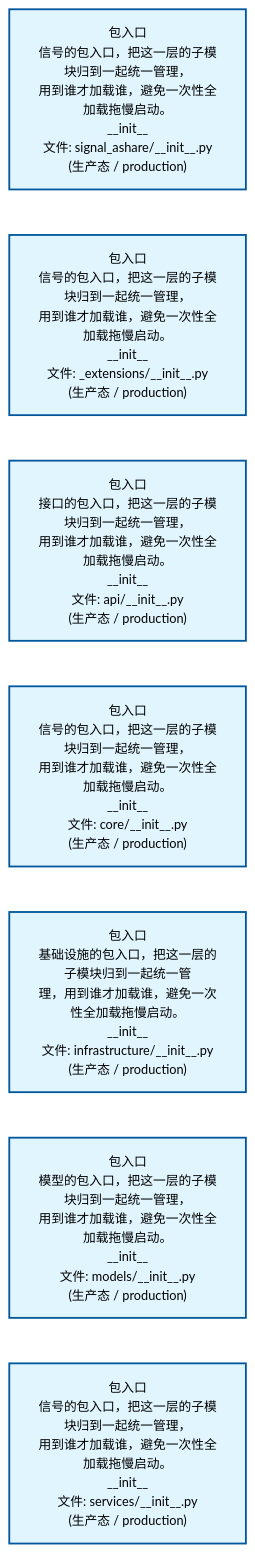
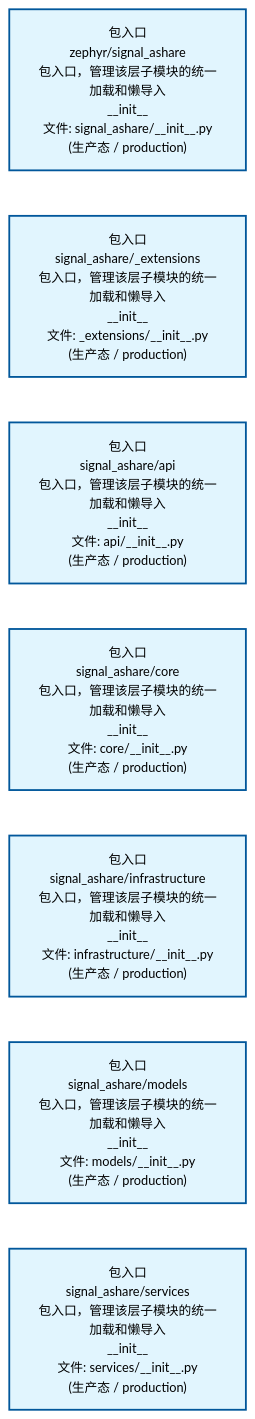
Before and after one commit to xuanFelixVan/ZephyrAlpha: the second of 4 diagrams in docs/02_enterprise_architecture/02_domain_architecture_docs/32_d_ashare_signal.md, drawn with Mermaid. The commit also changed other lines of this file and 60 other files, not shown here.

````diff
--- a/docs/02_enterprise_architecture/02_domain_architecture_docs/32_d_ashare_signal.md
+++ b/docs/02_enterprise_architecture/02_domain_architecture_docs/32_d_ashare_signal.md
@@ -107,22 +107,22 @@
 ```mermaid
 %%{init: {'theme': 'base', 'themeVariables': {'primaryColor': '#eaeaea', 'primaryTextColor': '#333333', 'primaryBorderColor': '#666666', 'lineColor': '#666666', 'secondaryColor': '#eaeaea', 'tertiaryColor': '#eaeaea', 'fontSize': '14px'}}}%%
 flowchart TD
-    src_zephyr_signal_ashare_init_py["包入口<br/>信号的包入口，把这一层的子模块归到一起统一管理，<br/>用到谁才加载谁，避免一次性全加载拖慢启动。<br/>__init__<br/>文件: signal_ashare/__init__.py<br/>(生产态 / production)"]
-    src_zephyr_signal_ashare_extensions_init_py["包入口<br/>信号的包入口，把这一层的子模块归到一起统一管理，<br/>用到谁才加载谁，避免一次性全加载拖慢启动。<br/>__init__<br/>文件: _extensions/__init__.py<br/>(生产态 / production)"]
-    src_zephyr_signal_ashare_api_init_py["包入口<br/>接口的包入口，把这一层的子模块归到一起统一管理，<br/>用到谁才加载谁，避免一次性全加载拖慢启动。<br/>__init__<br/>文件: api/__init__.py<br/>(生产态 / production)"]
-    src_zephyr_signal_ashare_core_init_py["包入口<br/>信号的包入口，把这一层的子模块归到一起统一管理，<br/>用到谁才加载谁，避免一次性全加载拖慢启动。<br/>__init__<br/>文件: core/__init__.py<br/>(生产态 / production)"]
-    src_zephyr_signal_ashare_infrastructure_init_py["包入口<br/>基础设施的包入口，把这一层的子模块归到一起统一管<br/>理，用到谁才加载谁，避免一次性全加载拖慢启动。<br/>__init__<br/>文件: infrastructure/__init__.py<br/>(生产态 / production)"]
-    src_zephyr_signal_ashare_models_init_py["包入口<br/>模型的包入口，把这一层的子模块归到一起统一管理，<br/>用到谁才加载谁，避免一次性全加载拖慢启动。<br/>__init__<br/>文件: models/__init__.py<br/>(生产态 / production)"]
-    src_zephyr_signal_ashare_services_init_py["包入口<br/>信号的包入口，把这一层的子模块归到一起统一管理，<br/>用到谁才加载谁，避免一次性全加载拖慢启动。<br/>__init__<br/>文件: services/__init__.py<br/>(生产态 / production)"]
+    src_zephyr_signal_ashare_init_py["包入口<br/>zephyr/signal_ashare<br/>包入口，管理该层子模块的统一加载和懒导入<br/>__init__<br/>文件: signal_ashare/__init__.py<br/>(生产态 / production)"]
+    src_zephyr_signal_ashare_extensions_init_py["包入口<br/>signal_ashare/_extensions<br/>包入口，管理该层子模块的统一加载和懒导入<br/>__init__<br/>文件: _extensions/__init__.py<br/>(生产态 / production)"]
+    src_zephyr_signal_ashare_api_init_py["包入口<br/>signal_ashare/api<br/>包入口，管理该层子模块的统一加载和懒导入<br/>__init__<br/>文件: api/__init__.py<br/>(生产态 / production)"]
+    src_zephyr_signal_ashare_core_init_py["包入口<br/>signal_ashare/core<br/>包入口，管理该层子模块的统一加载和懒导入<br/>__init__<br/>文件: core/__init__.py<br/>(生产态 / production)"]
+    src_zephyr_signal_ashare_infrastructure_init_py["包入口<br/>signal_ashare/infrastructure<br/>包入口，管理该层子模块的统一加载和懒导入<br/>__init__<br/>文件: infrastructure/__init__.py<br/>(生产态 / production)"]
+    src_zephyr_signal_ashare_models_init_py["包入口<br/>signal_ashare/models<br/>包入口，管理该层子模块的统一加载和懒导入<br/>__init__<br/>文件: models/__init__.py<br/>(生产态 / production)"]
+    src_zephyr_signal_ashare_services_init_py["包入口<br/>signal_ashare/services<br/>包入口，管理该层子模块的统一加载和懒导入<br/>__init__<br/>文件: services/__init__.py<br/>(生产态 / production)"]
     src_zephyr_signal_ashare_init_py ~~~ src_zephyr_signal_ashare_extensions_init_py
     src_zephyr_signal_ashare_extensions_init_py ~~~ src_zephyr_signal_ashare_api_init_py
     src_zephyr_signal_ashare_api_init_py ~~~ src_zephyr_signal_ashare_core_init_py
     src_zephyr_signal_ashare_core_init_py ~~~ src_zephyr_signal_ashare_infrastructure_init_py
     src_zephyr_signal_ashare_infrastructure_init_py ~~~ src_zephyr_signal_ashare_models_init_py
     src_zephyr_signal_ashare_models_init_py ~~~ src_zephyr_signal_ashare_services_init_py
     classDef production fill:#e1f5fe,stroke:#01579b,stroke-width:2px,color:#000
     classDef design fill:#fff3e0,stroke:#e65100,stroke-width:2px,color:#000,stroke-dasharray: 5 5
     classDef external_prod fill:#e8f4fd,stroke:#0277bd,stroke-width:1px,color:#000
     classDef external_design fill:#fff8e7,stroke:#ef6c00,stroke-width:1px,color:#000,stroke-dasharray: 5 5
     class src_zephyr_signal_ashare_init_py,src_zephyr_signal_ashare_extensions_init_py,src_zephyr_signal_ashare_api_init_py,src_zephyr_signal_ashare_core_init_py,src_zephyr_signal_ashare_infrastructure_init_py,src_zephyr_signal_ashare_models_init_py,src_zephyr_signal_ashare_services_init_py production
 ```
````
